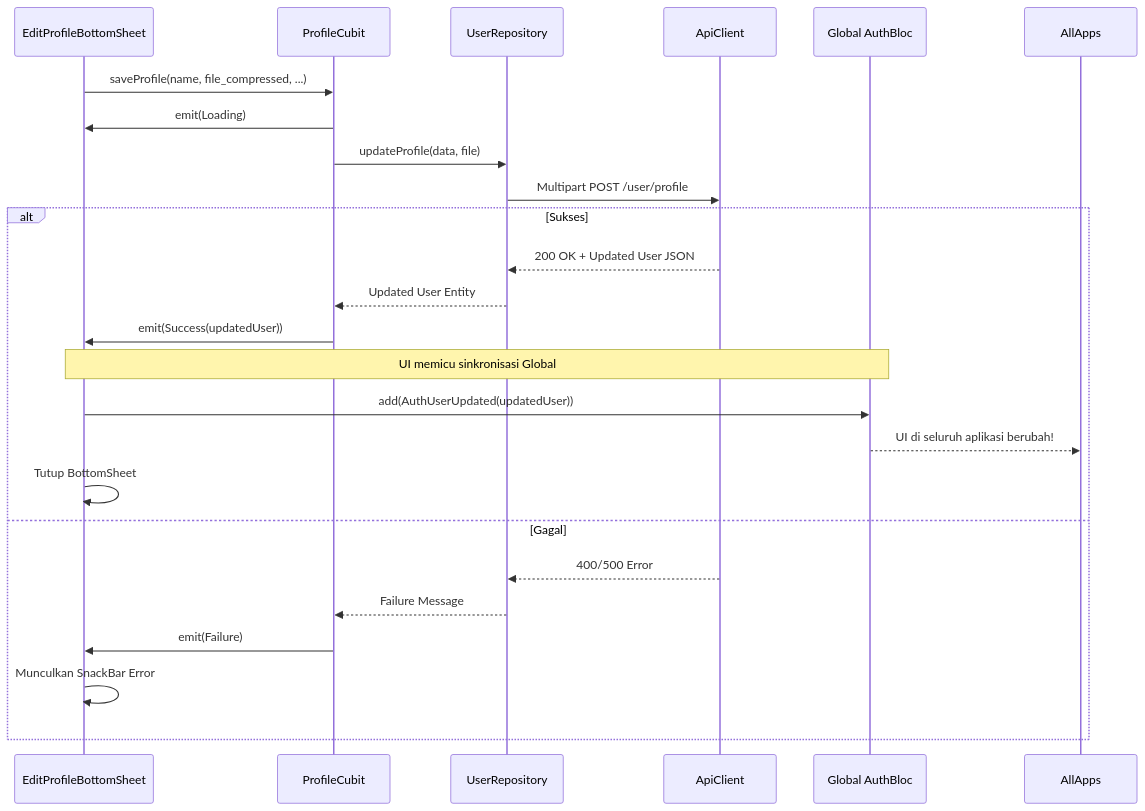
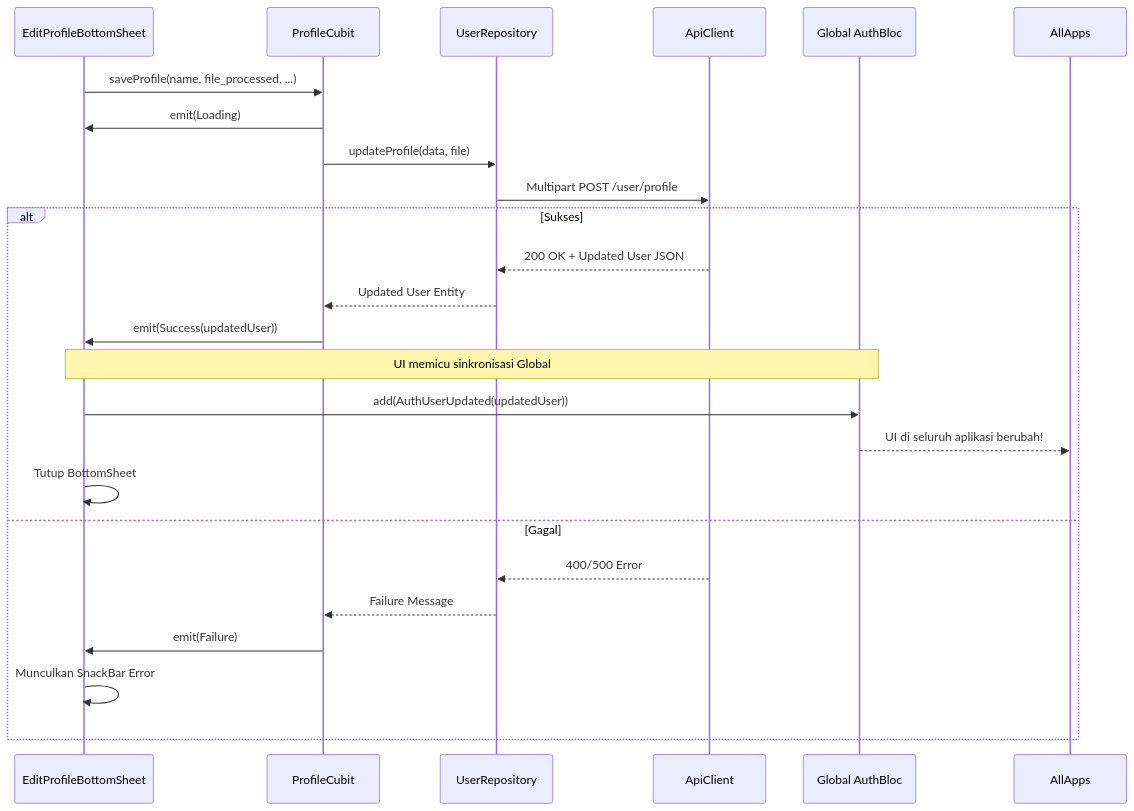
Before and after one commit to nunutech40/news-app-flutter: the second of 3 diagrams in docs/features/update_profile.md, drawn with Mermaid. The commit also changed other lines of this file, not shown here.

Commit message:
docs: update profile documentation to reflect ImageProcessorHelper refactor

````diff
--- a/docs/features/update_profile.md
+++ b/docs/features/update_profile.md
@@ -54,30 +71,30 @@
 ```mermaid
 sequenceDiagram
     participant UI as EditProfileBottomSheet
     participant Cubit as ProfileCubit
     participant Repo as UserRepository
     participant API as ApiClient
     participant Auth as Global AuthBloc
 
-    UI->>Cubit: saveProfile(name, file_compressed, ...)
+    UI->>Cubit: saveProfile(name, file_processed, ...)
     Cubit->>UI: emit(Loading)
     
     Cubit->>Repo: updateProfile(data, file)
     Repo->>API: Multipart POST /user/profile
     
     alt Sukses
         API-->>Repo: 200 OK + Updated User JSON
         Repo-->>Cubit: Updated User Entity
         Cubit->>UI: emit(Success(updatedUser))
         
         Note over UI,Auth: UI memicu sinkronisasi Global
         UI->>Auth: add(AuthUserUpdated(updatedUser))
         Auth-->>AllApps: UI di seluruh aplikasi berubah!
         UI->>UI: Tutup BottomSheet
     else Gagal
         API-->>Repo: 400/500 Error
         Repo-->>Cubit: Failure Message
         Cubit->>UI: emit(Failure)
         UI->>UI: Munculkan SnackBar Error
     end
 ```
````
